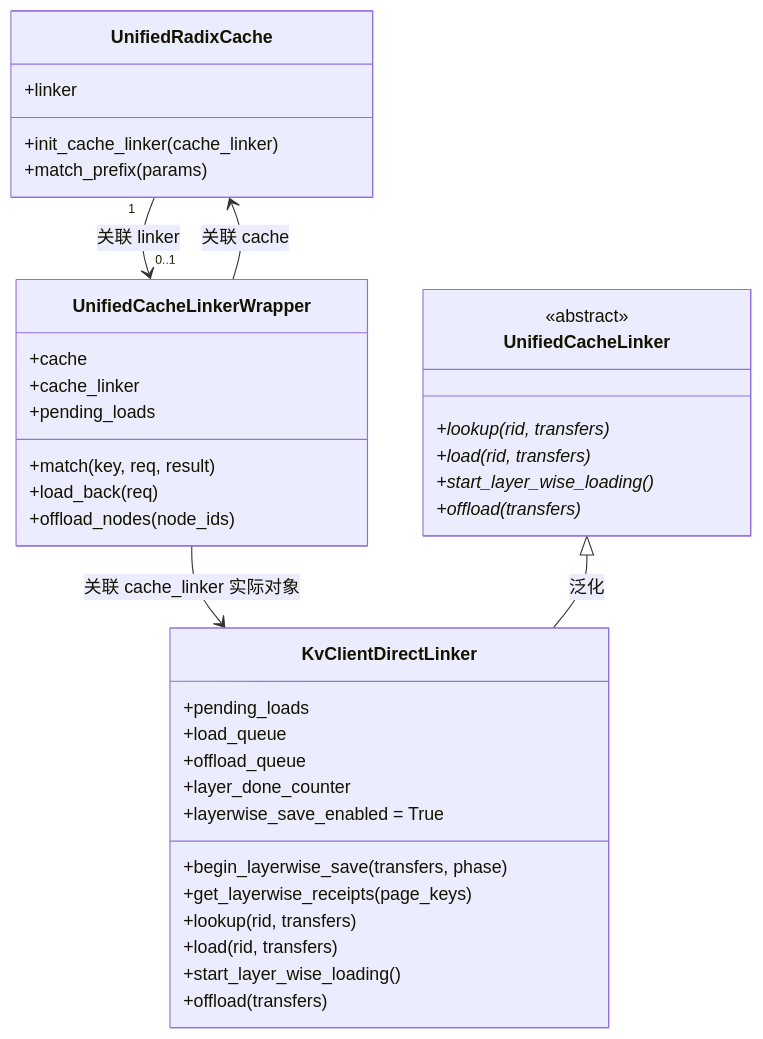
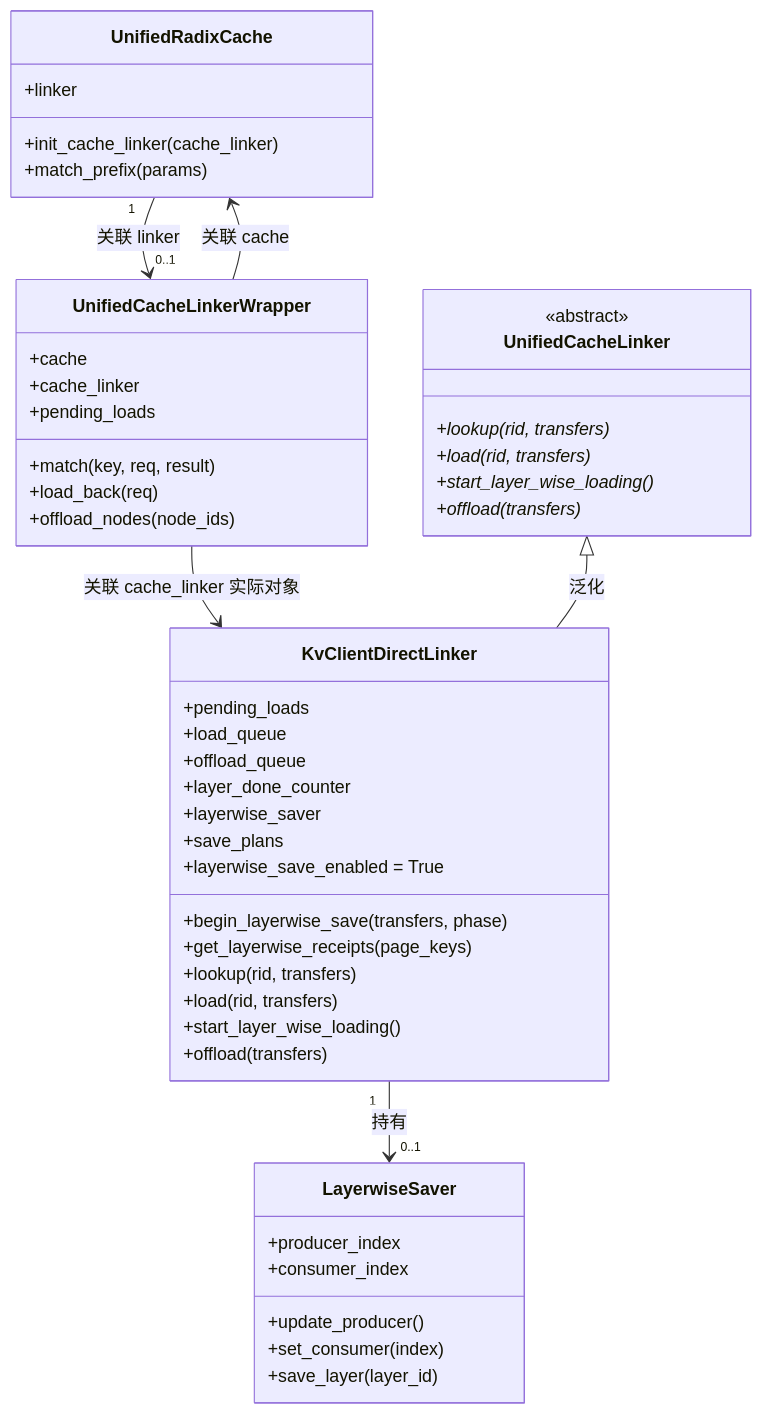
Before and after one commit to yuanzhg078/sglang: the fourth of 26 diagrams in kv_client_linker_backend_design.md, drawn with Mermaid. The commit also changed other lines of this file and 11 other files, not shown here.

Commit message:
Add KvClient linker and DSA layer split design

````diff
--- a/kv_client_linker_backend_design.md
+++ b/kv_client_linker_backend_design.md
@@ -131,41 +132,51 @@
 ```mermaid
 classDiagram
     direction TB
     class UnifiedRadixCache {
         +linker
         +init_cache_linker(cache_linker)
         +match_prefix(params)
     }
     class UnifiedCacheLinkerWrapper {
         +cache
         +cache_linker
         +pending_loads
         +match(key, req, result)
         +load_back(req)
         +offload_nodes(node_ids)
     }
     class UnifiedCacheLinker {
         <<abstract>>
         +lookup(rid, transfers)*
         +load(rid, transfers)*
         +start_layer_wise_loading()*
         +offload(transfers)*
     }
     class KvClientDirectLinker {
         +pending_loads
         +load_queue
         +offload_queue
         +layer_done_counter
+        +layerwise_saver
+        +save_plans
         +layerwise_save_enabled = True
         +begin_layerwise_save(transfers, phase)
         +get_layerwise_receipts(page_keys)
         +lookup(rid, transfers)
         +load(rid, transfers)
         +start_layer_wise_loading()
         +offload(transfers)
     }
+    class LayerwiseSaver {
+        +producer_index
+        +consumer_index
+        +update_producer()
+        +set_consumer(index)
+        +save_layer(layer_id)
+    }
+    KvClientDirectLinker "1" --> "0..1" LayerwiseSaver : 持有
     UnifiedRadixCache "1" --> "0..1" UnifiedCacheLinkerWrapper : 关联 linker
     UnifiedCacheLinkerWrapper --> UnifiedRadixCache : 关联 cache
     UnifiedCacheLinkerWrapper --> KvClientDirectLinker : 关联 cache_linker 实际对象
     UnifiedCacheLinker <|-- KvClientDirectLinker : 泛化
 ```
````
